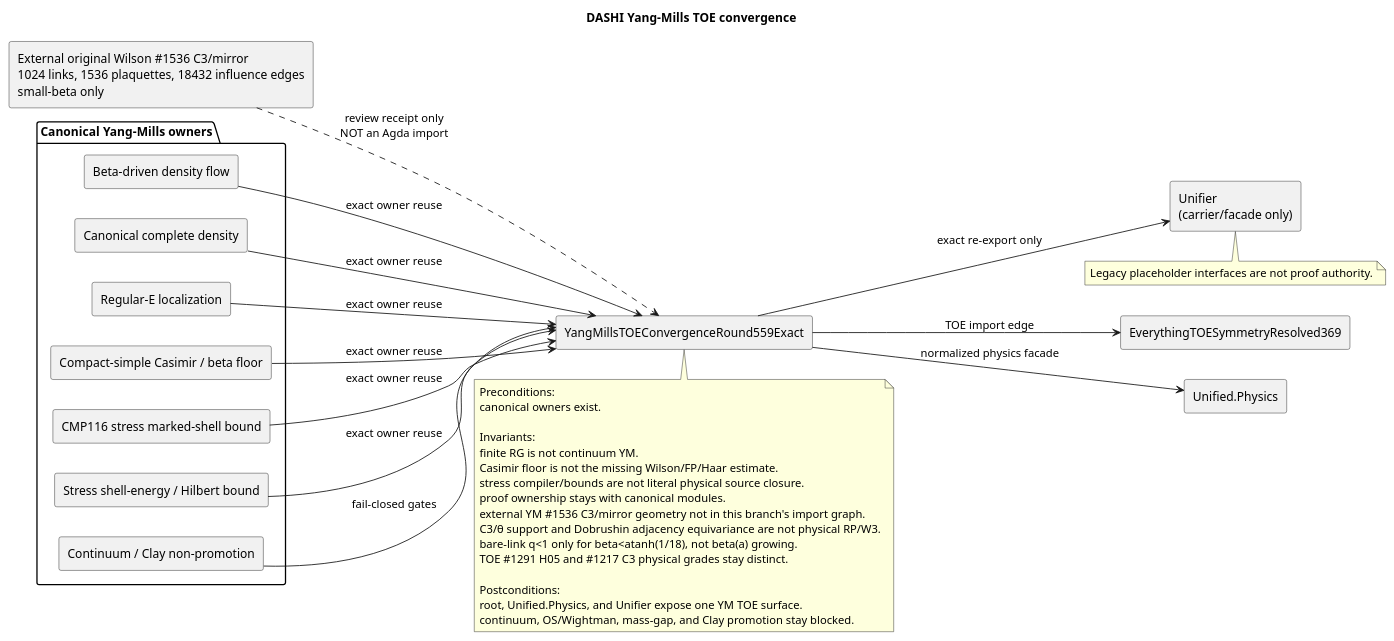
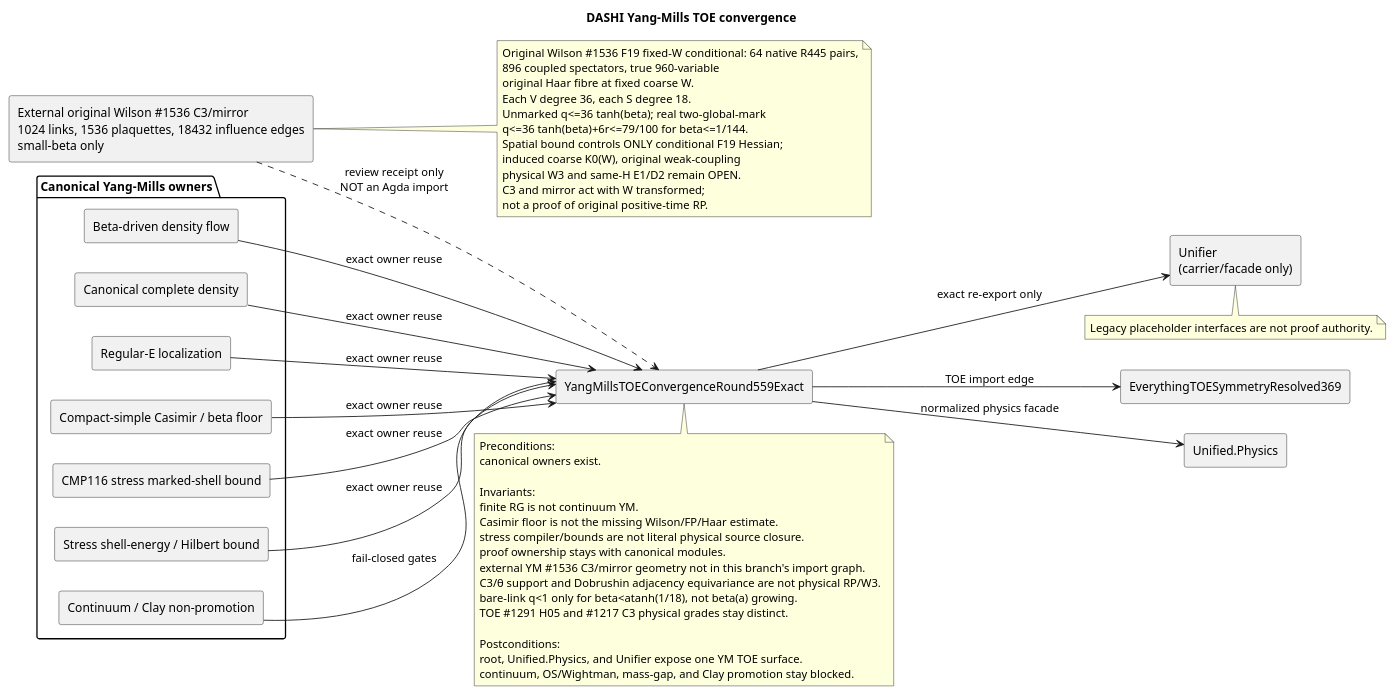
The diagram in Docs/diagrams/ym_toe_r559_convergence.puml (chboishabba/dashi_agda), drawn with PlantUML before and after one commit.

Commit message:
TOE R559 provenance: actual original R445/F19 960-variable conditional marked spatial source, weak-coupling W3 nonpromotion

```diff
--- a/Docs/diagrams/ym_toe_r559_convergence.puml
+++ b/Docs/diagrams/ym_toe_r559_convergence.puml
@@ -1,58 +1,73 @@
 @startuml
 title DASHI Yang-Mills TOE convergence
 
 left to right direction
 skinparam componentStyle rectangle
 
 package "Canonical Yang-Mills owners" {
   component "Beta-driven density flow" as Beta
   component "Canonical complete density" as Density
   component "Regular-E localization" as RegularE
   component "Compact-simple Casimir / beta floor" as Casimir
   component "CMP116 stress marked-shell bound" as StressShell
   component "Stress shell-energy / Hilbert bound" as StressHilbert
   component "Continuum / Clay non-promotion" as NonPromotion
 }
 
 component "External original Wilson #1536 C3/mirror\n1024 links, 1536 plaquettes, 18432 influence edges\nsmall-beta only" as OriginalWilsonC3
 component "YangMillsTOEConvergenceRound559Exact" as YMTOE
 component "EverythingTOESymmetryResolved369" as Root
 component "Unified.Physics" as UnifiedPhysics
 component "Unifier\n(carrier/facade only)" as Unifier
 
 Beta --> YMTOE : exact owner reuse
 Density --> YMTOE : exact owner reuse
 RegularE --> YMTOE : exact owner reuse
 Casimir --> YMTOE : exact owner reuse
 StressShell --> YMTOE : exact owner reuse
 StressHilbert --> YMTOE : exact owner reuse
 NonPromotion --> YMTOE : fail-closed gates
 OriginalWilsonC3 ..> YMTOE : review receipt only\nNOT an Agda import
 
 YMTOE --> Root : TOE import edge
 YMTOE --> UnifiedPhysics : normalized physics facade
 YMTOE --> Unifier : exact re-export only
 
 note bottom of YMTOE
 Preconditions:
 canonical owners exist.
 
 Invariants:
 finite RG is not continuum YM.
 Casimir floor is not the missing Wilson/FP/Haar estimate.
 stress compiler/bounds are not literal physical source closure.
 proof ownership stays with canonical modules.
 external YM #1536 C3/mirror geometry not in this branch's import graph.
 C3/θ support and Dobrushin adjacency equivariance are not physical RP/W3.
 bare-link q<1 only for beta<atanh(1/18), not beta(a) growing.
 TOE #1291 H05 and #1217 C3 physical grades stay distinct.
 
 Postconditions:
 root, Unified.Physics, and Unifier expose one YM TOE surface.
 continuum, OS/Wightman, mass-gap, and Clay promotion stay blocked.
 end note
 
 note bottom of Unifier
 Legacy placeholder interfaces are not proof authority.
 end note
+
+' 22-Nov external source receipt; graph/counts proven locally, not merged Agda
+note right of OriginalWilsonC3
+Original Wilson #1536 F19 fixed-W conditional: 64 native R445 pairs,
+896 coupled spectators, true 960-variable
+original Haar fibre at fixed coarse W.
+Each V degree 36, each S degree 18.
+Unmarked q<=36 tanh(beta); real two-global-mark
+q<=36 tanh(beta)+6r<=79/100 for beta<=1/144.
+Spatial bound controls ONLY conditional F19 Hessian;
+induced coarse K0(W), original weak-coupling
+physical W3 and same-H E1/D2 remain OPEN.
+C3 and mirror act with W transformed;
+not a proof of original positive-time RP.
+end note
 @enduml
```
